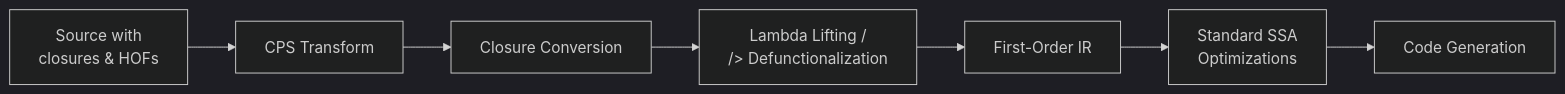
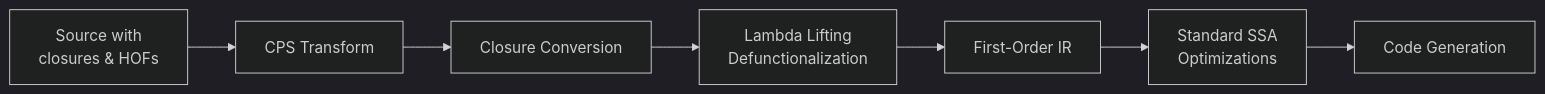
Before and after one commit to vanos001/placement_prep: the diagram in src/compilers/advanced/compilation-techniques.md, drawn with Mermaid (dark theme). The commit also changed 56 other files, not shown here.

````diff
--- a/src/compilers/advanced/compilation-techniques.md
+++ b/src/compilers/advanced/compilation-techniques.md
@@ -234,10 +234,9 @@
 ```mermaid
 flowchart LR
     A[Source with<br/>closures & HOFs] --> B[CPS Transform]
     B --> C[Closure Conversion]
-    C --> D[Lambda Lifting /
-/> Defunctionalization]
+    C --> D["Lambda Lifting<br/>Defunctionalization"]
     D --> E[First-Order IR]
     E --> F[Standard SSA<br/>Optimizations]
     F --> G[Code Generation]
 ```
````
